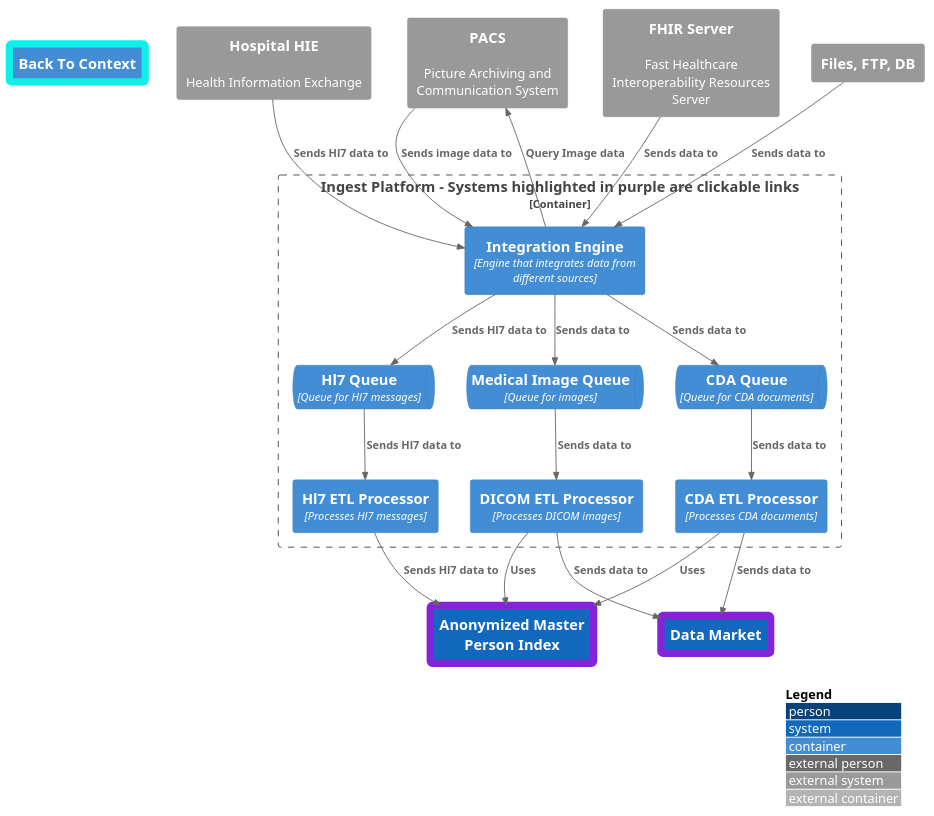
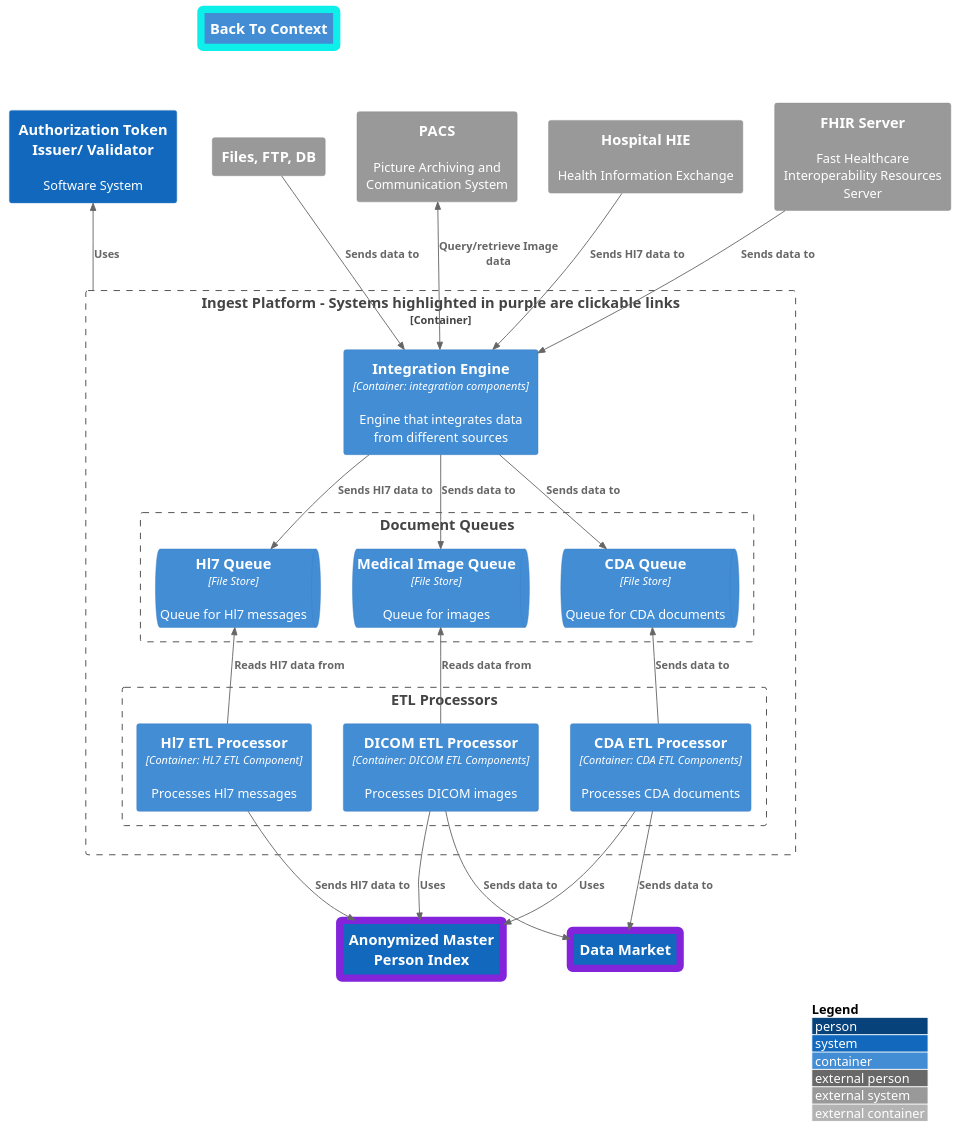
One commit to migueladelvalle/SE577-684-SP-23-24-final-project changed the diagram in ArchitectureModel/IngestPlatformContainer.puml. Above: the diagram before and after it, drawn with PlantUML. The commit also changed 12 other files, not shown here.

Commit message:
Added additional detail to architecture Diagrams

```diff
--- a/ArchitectureModel/IngestPlatformContainer.puml
+++ b/ArchitectureModel/IngestPlatformContainer.puml
@@ -1,45 +1,55 @@
 @startuml
 !include ./C4_Container.puml
 
 LAYOUT_WITH_LEGEND()
 
 AddElementTag("lowerLevelLink", $borderColor="8324db",$borderThickness="8")
 AddElementTag("higherLevelLink", $borderColor="0fefe9ff",$borderThickness="8")
 
 Container(back, "Back To Context", $link="./ContextDiagram.puml", $tags="higherLevelLink")
 System_Ext(hie, "Hospital HIE", "Health Information Exchange")
 System_Ext(pacs, "PACS", "Picture Archiving and Communication System")
 System_Ext(fhir, "FHIR Server", "Fast Healthcare Interoperability Resources Server")
 System_Ext(files, "Files, FTP, DB")
 System(datamarket, "Data Market",$link="./DataMarketContainer.puml", $tags="lowerLevelLink")
 System(ampi, "Anonymized Master Person Index",$link="./AMPIContainer.puml", $tags="lowerLevelLink")
+System(security, "Authorization Token Issuer/ Validator", "Software System")
 
 Container_Boundary(ingest, "Ingest Platform - Systems highlighted in purple are clickable links", "The boundary of the system"){
-Container(integrationEngine, "Integration Engine", "Engine that integrates data from different sources")
-ContainerQueue(image, "Medical Image Queue", "Queue for images")
-ContainerQueue(cda, "CDA Queue", "Queue for CDA documents")
-ContainerQueue(hl7, "Hl7 Queue", "Queue for Hl7 messages")
-Container(hl7processor, "Hl7 ETL Processor", "Processes Hl7 messages")
-Container(dicom, "DICOM ETL Processor", "Processes DICOM images")
-Container(cdaProcessor, "CDA ETL Processor", "Processes CDA documents")
+Container(integrationEngine, "Integration Engine","Container: integration components", "Engine that integrates data from different sources")
+
+Boundary(queue,"Document Queues"){
+    ContainerQueue(image, "Medical Image Queue", File Store,"Queue for images")
+    ContainerQueue(cda, "CDA Queue", "File Store","Queue for CDA documents")
+    ContainerQueue(hl7, "Hl7 Queue", "File Store","Queue for Hl7 messages")
 }
 
+Boundary(etl, "ETL Processors"){
+    Container(hl7processor, "Hl7 ETL Processor","Container: HL7 ETL Component", "Processes Hl7 messages")
+    Container(dicom, "DICOM ETL Processor", "Container: DICOM ETL Components","Processes DICOM images")
+    Container(cdaProcessor, "CDA ETL Processor", "Container: CDA ETL Components","Processes CDA documents")
+    }
+}
+Container(hl7processor, "Hl7 ETL Processor","Container: HL7 ETL Component", "Processes Hl7 messages")
+Container(dicom, "DICOM ETL Processor", "Container: DICOM ETL Components","Processes DICOM images")
+Container(cdaProcessor, "CDA ETL Processor", "Container: CDA ETL Components","Processes CDA documents")
+}
+Lay_U(files,back)
 Rel(hie, integrationEngine, "Sends Hl7 data to")
 Rel(integrationEngine, hl7, "Sends Hl7 data to")
 Rel(files, integrationEngine, "Sends data to")
 Rel(fhir, integrationEngine, "Sends data to")
-Rel(hl7, hl7processor, "Sends Hl7 data to")
+Rel_U(hl7processor, hl7, "Reads Hl7 data from")
 Rel(hl7processor, ampi, "Sends Hl7 data to")
-Rel(integrationEngine, pacs, "Query Image data")
-Rel(pacs, integrationEngine, "Sends image data to")
+BiRel_U(integrationEngine, pacs, "Query/retrieve Image data")
 Rel(integrationEngine, image, "Sends data to")
-Rel(image, dicom, "Sends data to")
+Rel_U(dicom, image, "Reads data from")
 Rel(dicom, ampi, "Uses")
 Rel(dicom, datamarket, "Sends data to")
 Rel(integrationEngine, cda, "Sends data to")
-Rel(cda, cdaProcessor, "Sends data to")
+Rel_U(cdaProcessor,cda, "Sends data to")
 Rel(cdaProcessor, datamarket, "Sends data to")
 Rel(cdaProcessor, ampi, "Uses")
-
+Rel_U(ingest, security, "Uses")
 
 @enduml
```
